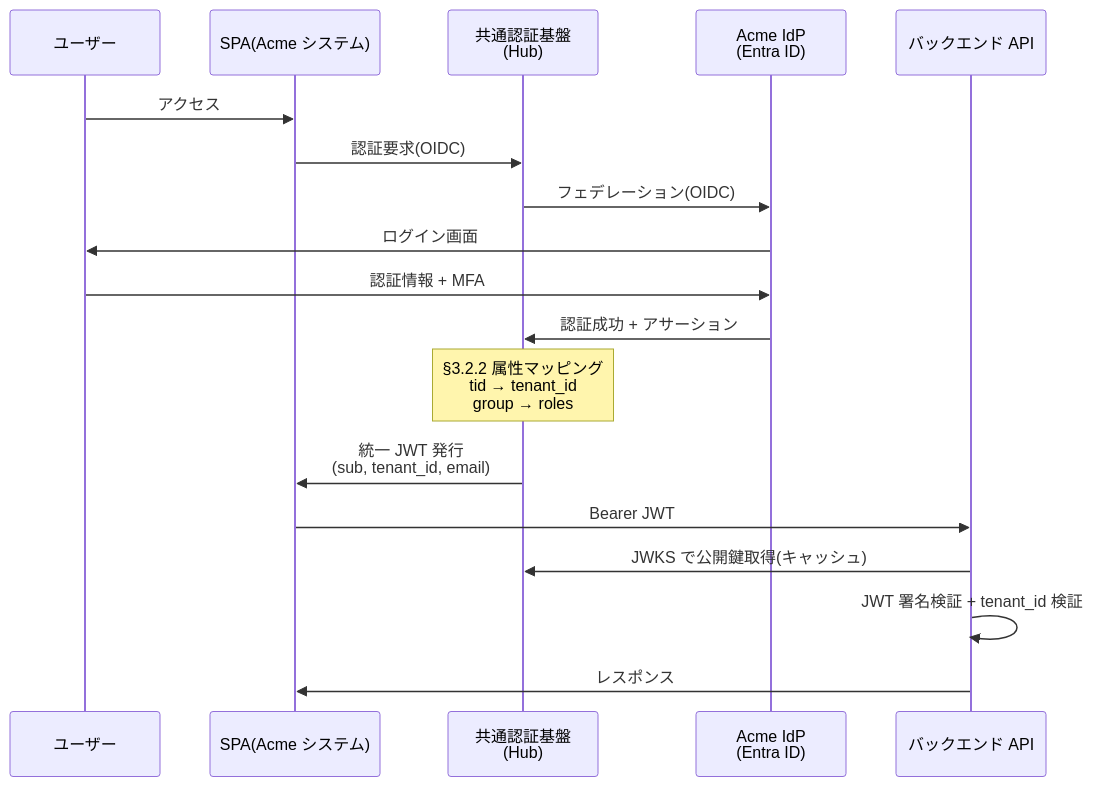
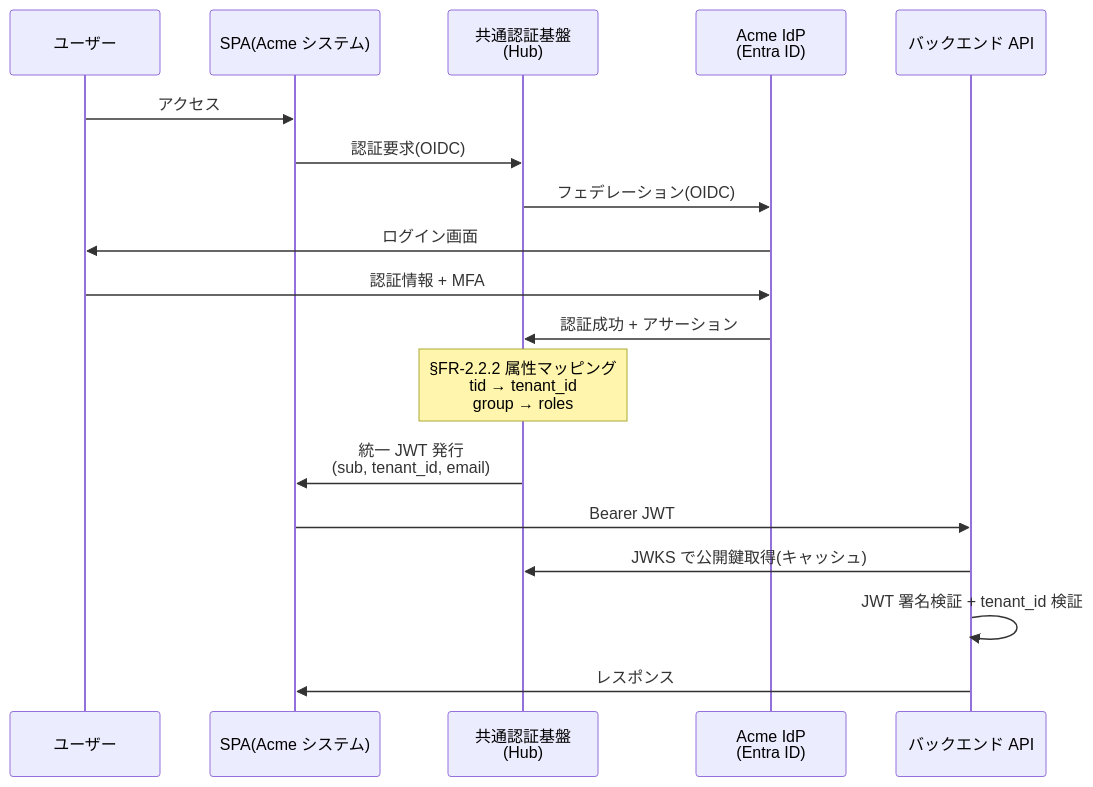
One commit to suepie/aws-atuh-poc changed the fifth of 6 diagrams in doc/requirements/proposal/common/01-architecture.md. Above: the diagram before and after it, drawn with Mermaid. The commit also changed other lines of this file and 30 other files, not shown here.

````diff
--- a/doc/requirements/proposal/common/01-architecture.md
+++ b/doc/requirements/proposal/common/01-architecture.md
@@ -243,21 +243,21 @@
 ```mermaid
 sequenceDiagram
     participant U as ユーザー
     participant S as SPA(Acme システム)
     participant H as 共通認証基盤<br/>(Hub)
     participant I as Acme IdP<br/>(Entra ID)
     participant A as バックエンド API
 
     U->>S: アクセス
     S->>H: 認証要求(OIDC)
     H->>I: フェデレーション(OIDC)
     I->>U: ログイン画面
     U->>I: 認証情報 + MFA
     I->>H: 認証成功 + アサーション
-    Note over H: §3.2.2 属性マッピング<br/>tid → tenant_id<br/>group → roles
+    Note over H: §FR-2.2.2 属性マッピング<br/>tid → tenant_id<br/>group → roles
     H->>S: 統一 JWT 発行<br/>(sub, tenant_id, email)
     S->>A: Bearer JWT
     A->>H: JWKS で公開鍵取得(キャッシュ)
     A->>A: JWT 署名検証 + tenant_id 検証
     A->>S: レスポンス
 ```
````
